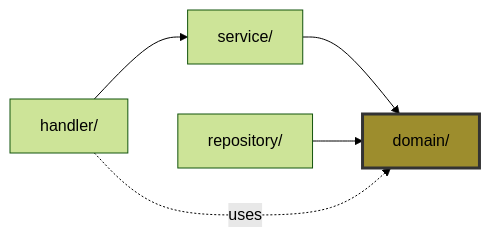
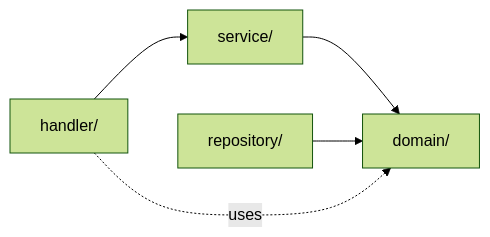
One commit to haowjy/meridian-flow changed the third of 4 diagrams in _docs/technical/backend/architecture/overview.md. Above: the diagram before and after it, drawn with Mermaid (forest theme). The commit also changed other lines of this file and 46 other files, not shown here.

````diff
--- a/_docs/technical/backend/architecture/overview.md
+++ b/_docs/technical/backend/architecture/overview.md
@@ -274,9 +267,8 @@
 ```mermaid
 graph LR
     Handler[handler/] --> Service[service/]
     Service --> Domain[domain/]
     Repo[repository/] --> Domain
     Handler -.uses.-> Domain
 
-    style Domain fill:#9d8d2d,stroke:#333,stroke-width:3px
 ```
````
